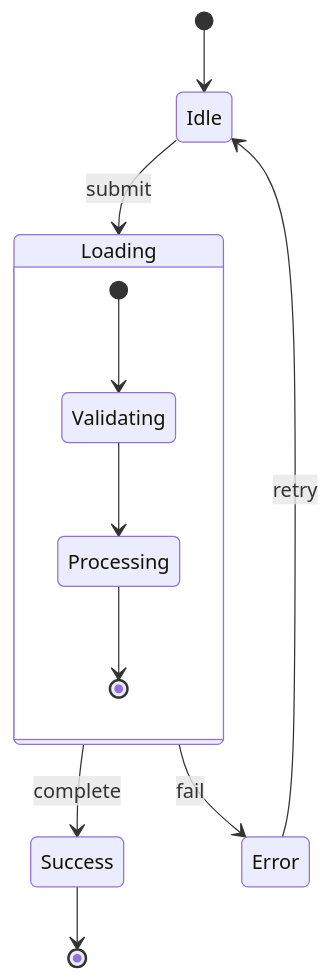
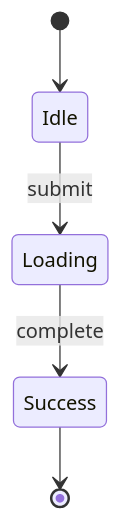
Before and after one commit to kv0906/pm-kit: the third of 7 diagrams in skills/mermaid-diagrams/SKILL.md, drawn with Mermaid. The commit also changed other lines of this file and 50 other files, not shown here.

````diff
--- a/skills/mermaid-diagrams/SKILL.md
+++ b/skills/mermaid-diagrams/SKILL.md
@@ -102,15 +96,7 @@
 ```mermaid
 stateDiagram-v2
     [*] --> Idle
     Idle --> Loading: submit
     Loading --> Success: complete
-    Loading --> Error: fail
-    Error --> Idle: retry
     Success --> [*]
-
-    state Loading {
-        [*] --> Validating
-        Validating --> Processing
-        Processing --> [*]
-    }
 ```
````
